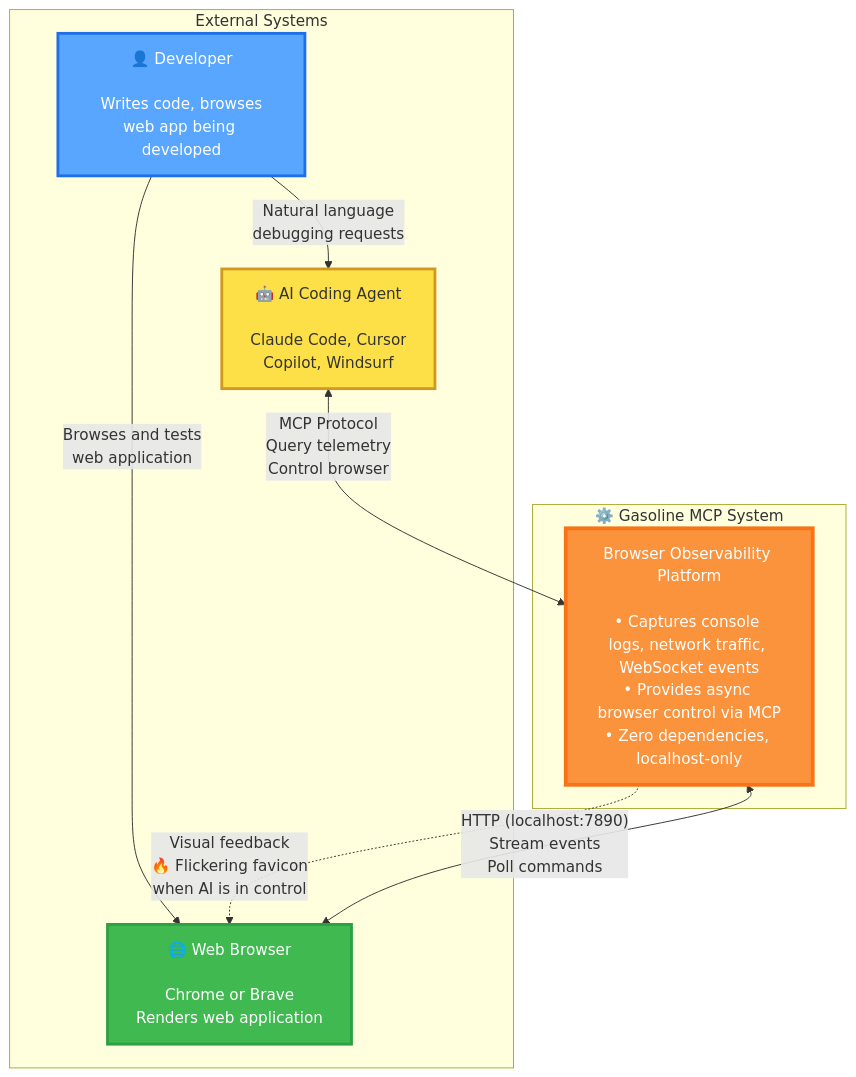
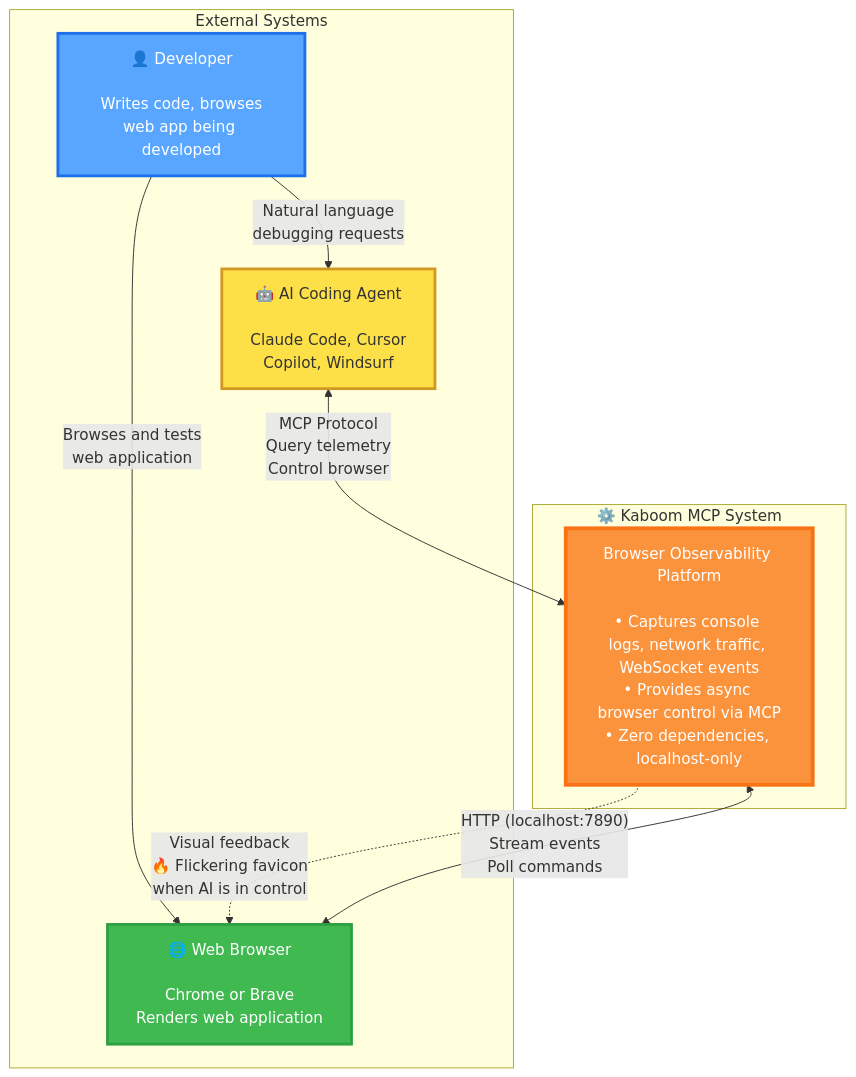
The first of 10 diagrams in docs/architecture/diagrams/system-architecture.md (brennhill/gasoline-mcp-ai-devtools), drawn with Mermaid before and after one commit. The commit also changed other lines of this file and 1983 other files, not shown here.

````diff
--- a/docs/architecture/diagrams/system-architecture.md
+++ b/docs/architecture/diagrams/system-architecture.md
@@ -13,26 +13,26 @@
 ```mermaid
 graph TB
     subgraph External["External Systems"]
         Dev["👤 Developer<br/><br/>Writes code, browses<br/>web app being developed"]
         AI["🤖 AI Coding Agent<br/><br/>Claude Code, Cursor<br/>Copilot, Windsurf"]
         Browser["🌐 Web Browser<br/><br/>Chrome or Brave<br/>Renders web application"]
     end
 
-    subgraph Gasoline["⚙️ Gasoline MCP System"]
+    subgraph Kaboom["⚙️ Kaboom MCP System"]
         Core["Browser Observability Platform<br/><br/>• Captures console logs, network traffic, WebSocket events<br/>• Provides async browser control via MCP<br/>• Zero dependencies, localhost-only"]
     end
 
     Dev -->|"Natural language<br/>debugging requests"| AI
     Dev -->|"Browses and tests<br/>web application"| Browser
 
     AI <-->|"MCP Protocol<br/>Query telemetry<br/>Control browser"| Core
 
     Browser <-->|"HTTP (localhost:7890)<br/>Stream events<br/>Poll commands"| Core
 
     Core -.->|"Visual feedback<br/>🔥 Flickering favicon<br/>when AI is in control"| Browser
 
     style Dev fill:#58a6ff,stroke:#1f6feb,stroke-width:3px,color:#fff
     style AI fill:#fde047,stroke:#d29922,stroke-width:3px
     style Browser fill:#3fb950,stroke:#2ea043,stroke-width:3px,color:#fff
     style Core fill:#fb923c,stroke:#f97316,stroke-width:4px,color:#fff
 ```
````
